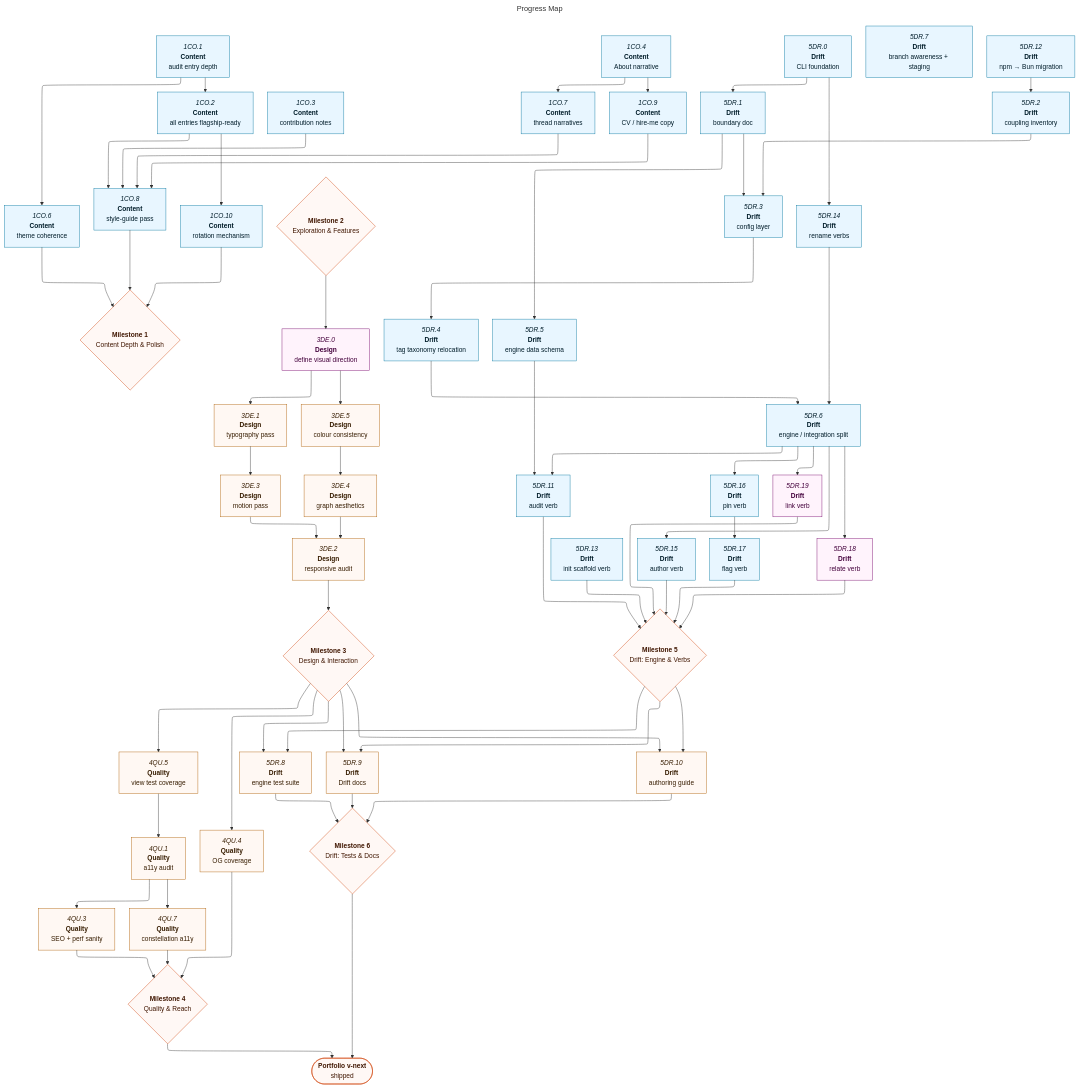
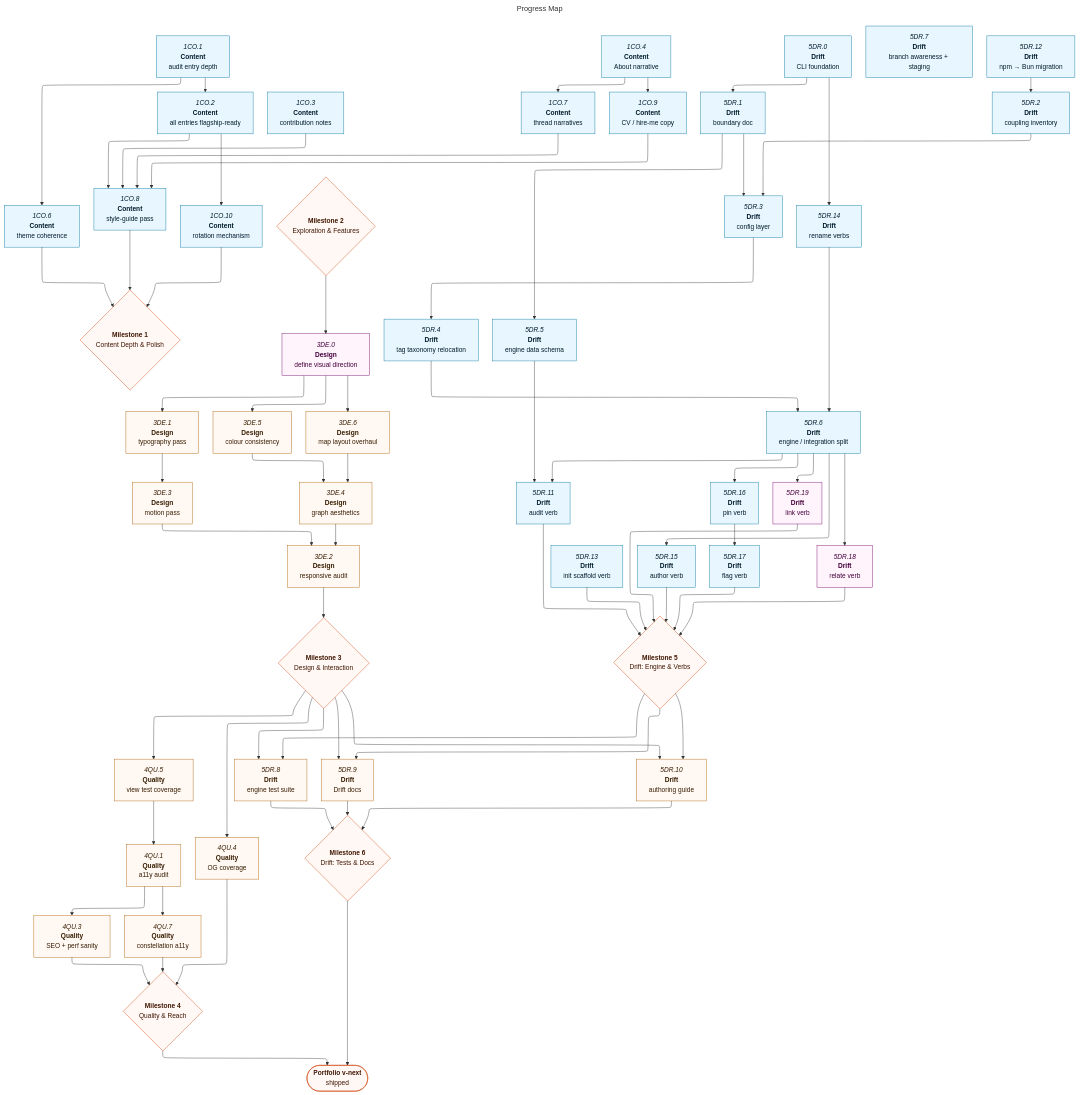
The diagram in docs/roadmaps/mvp.md (JasonWarrenUK/jason-warren), drawn with Mermaid before and after one commit. The commit also changed other lines of this file, not shown here.

Commit message:
docs(roadmap): add 3DE.6, drastically improve the map graph layout
The force-directed layout in ProjectMap.svelte produces crowded, overlapping
clusters and unstable relayouts. Tracks the fix as a Milestone 3 task,
gated on the visual direction (3DE.0) and gating the downstream graph-
aesthetics polish (3DE.4).

```diff
--- a/docs/roadmaps/mvp.md
+++ b/docs/roadmaps/mvp.md
@@ -274,12 +275,15 @@
 	3DE.3["`*3DE.3*<br/>**Design**<br/>motion pass`"]:::blocked
 	3DE.4["`*3DE.4*<br/>**Design**<br/>graph aesthetics`"]:::blocked
 	3DE.5["`*3DE.5*<br/>**Design**<br/>colour consistency`"]:::blocked
+	3DE.6["`*3DE.6*<br/>**Design**<br/>map layout overhaul`"]:::blocked
 
 	%% M3 — deps
 	3DE.0 --> 3DE.1
 	3DE.0 --> 3DE.5
+	3DE.0 --> 3DE.6
 	3DE.1 --> 3DE.3
 	3DE.5 --> 3DE.4
+	3DE.6 --> 3DE.4
 	3DE.3 --> 3DE.2
 	3DE.4 --> 3DE.2
 
```
